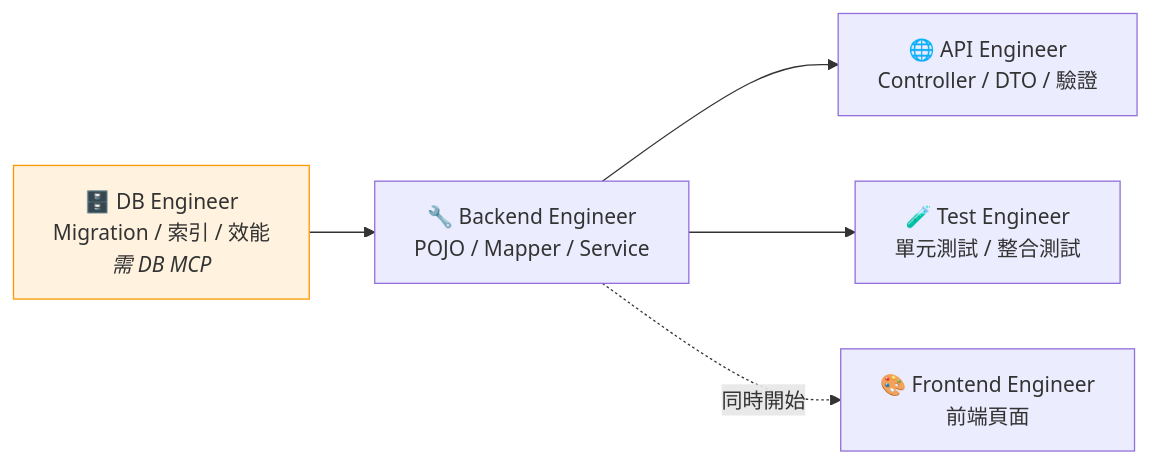
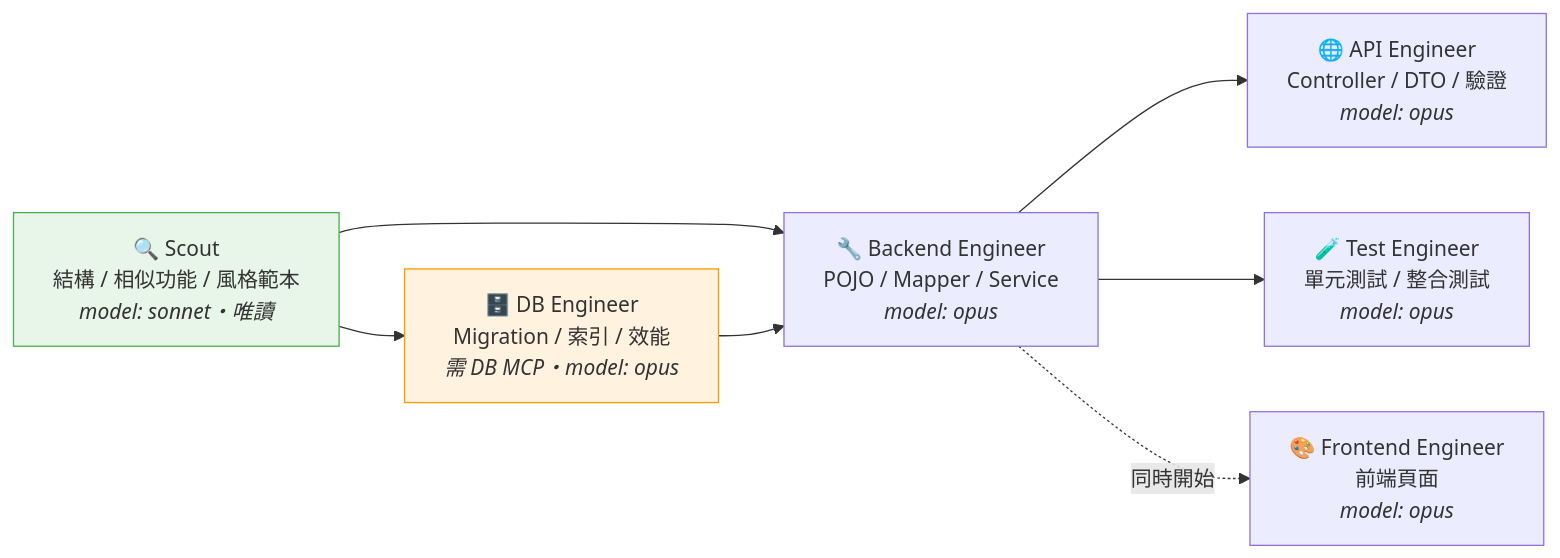
Before and after one commit to Stcfinch/crew: the second of 3 diagrams in plugins/feature-workflow/README.md, drawn with Mermaid. The commit also changed other lines of this file and 30 other files, not shown here.

````diff
--- a/plugins/feature-workflow/README.md
+++ b/plugins/feature-workflow/README.md
@@ -216,15 +216,19 @@
 ```mermaid
 flowchart LR
-    DB["🗄️ DB Engineer<br/>Migration / 索引 / 效能<br/><i>需 DB MCP</i>"]
-    BE["🔧 Backend Engineer<br/>POJO / Mapper / Service"]
-    API["🌐 API Engineer<br/>Controller / DTO / 驗證"]
-    FE["🎨 Frontend Engineer<br/>前端頁面"]
-    TE["🧪 Test Engineer<br/>單元測試 / 整合測試"]
+    SC["🔍 Scout<br/>結構 / 相似功能 / 風格範本<br/><i>model: sonnet・唯讀</i>"]
+    DB["🗄️ DB Engineer<br/>Migration / 索引 / 效能<br/><i>需 DB MCP・model: opus</i>"]
+    BE["🔧 Backend Engineer<br/>POJO / Mapper / Service<br/><i>model: opus</i>"]
+    API["🌐 API Engineer<br/>Controller / DTO / 驗證<br/><i>model: opus</i>"]
+    FE["🎨 Frontend Engineer<br/>前端頁面<br/><i>model: opus</i>"]
+    TE["🧪 Test Engineer<br/>單元測試 / 整合測試<br/><i>model: opus</i>"]
 
+    SC --> DB
+    SC --> BE
     DB --> BE
     BE --> API
     BE --> TE
     BE -.->|同時開始| FE
 
+    style SC fill:#e8f5e9,stroke:#4caf50
     style DB fill:#fff3e0,stroke:#ff9800
 ```
````
